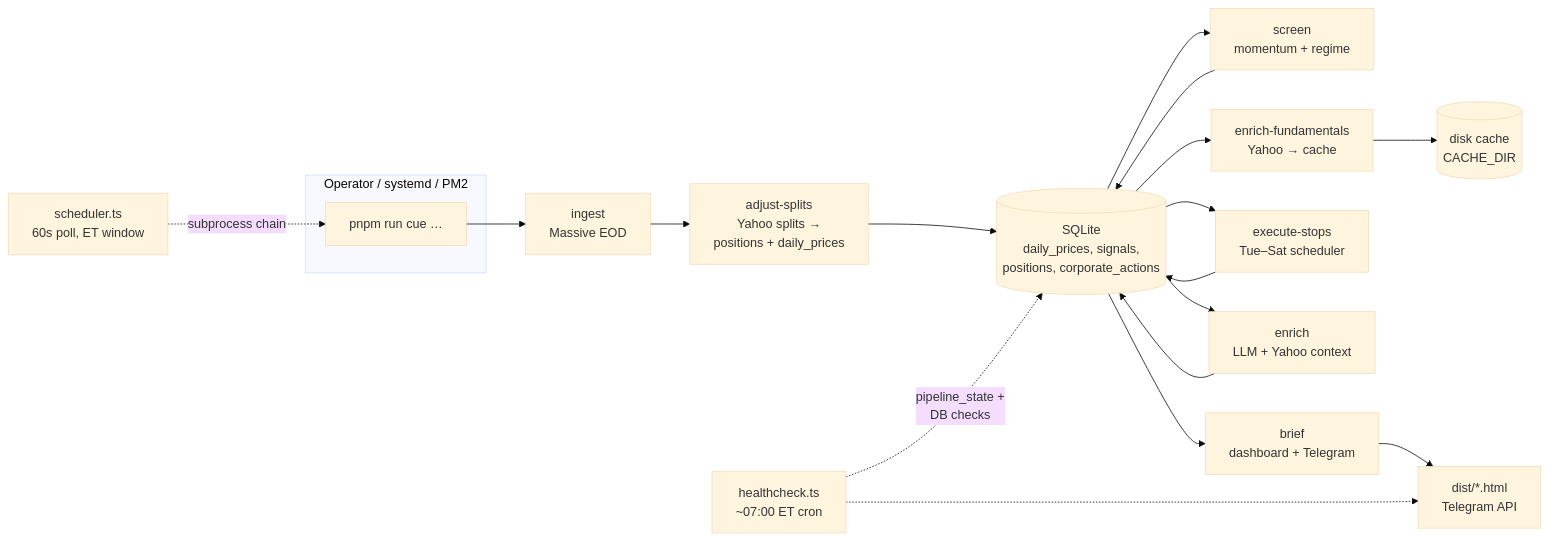
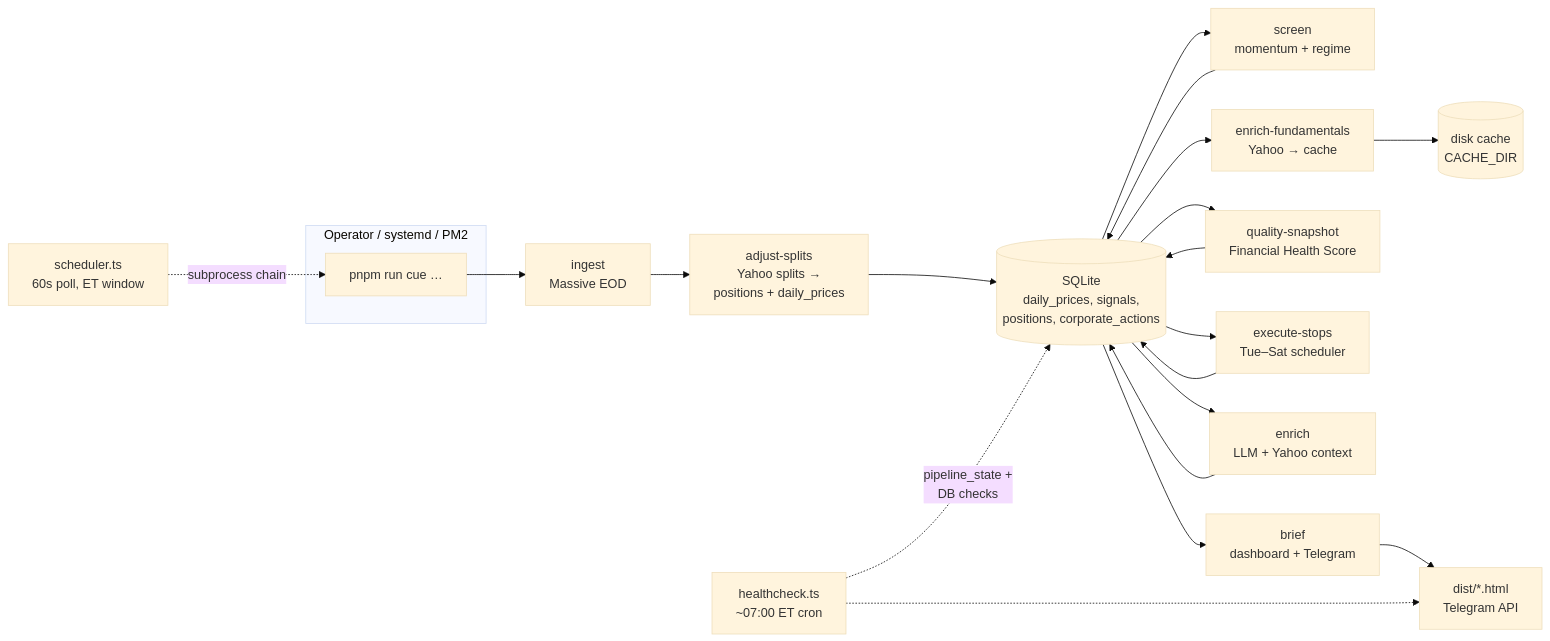
Before and after one commit to Shubhamjain2908/cue: the diagram in README.md, drawn with Mermaid (base theme). The commit also changed other lines of this file, not shown here.

````diff
--- a/README.md
+++ b/README.md
@@ -32,22 +32,24 @@
 ```mermaid
 flowchart LR
   subgraph ManualOrCron["Operator / systemd / PM2"]
     CLI["pnpm run cue …"]
   end
   CLI --> Ingest["ingest\nMassive EOD"]
   Ingest --> Splits["adjust-splits\nYahoo splits →\npositions + daily_prices"]
   Splits --> DB[("SQLite\ndaily_prices, signals,\npositions, corporate_actions")]
   DB --> Screen["screen\nmomentum + regime"]
   Screen --> DB
   DB --> Fund["enrich-fundamentals\nYahoo → cache"]
   Fund --> Disk[("disk cache\nCACHE_DIR")]
+  DB --> Qual["quality-snapshot\nFinancial Health Score"]
+  Qual --> DB
   DB --> Stops["execute-stops\nTue–Sat scheduler"]
   Stops --> DB
   DB --> LLM["enrich\nLLM + Yahoo context"]
   LLM --> DB
   DB --> Brief["brief\ndashboard + Telegram"]
   Brief --> Out["dist/*.html\nTelegram API"]
   Sched["scheduler.ts\n60s poll, ET window"] -.->|"subprocess chain"| CLI
   HC["healthcheck.ts\n~07:00 ET cron"] -.->|"pipeline_state +\nDB checks"| DB
   HC -.-> Out
 ```
````
